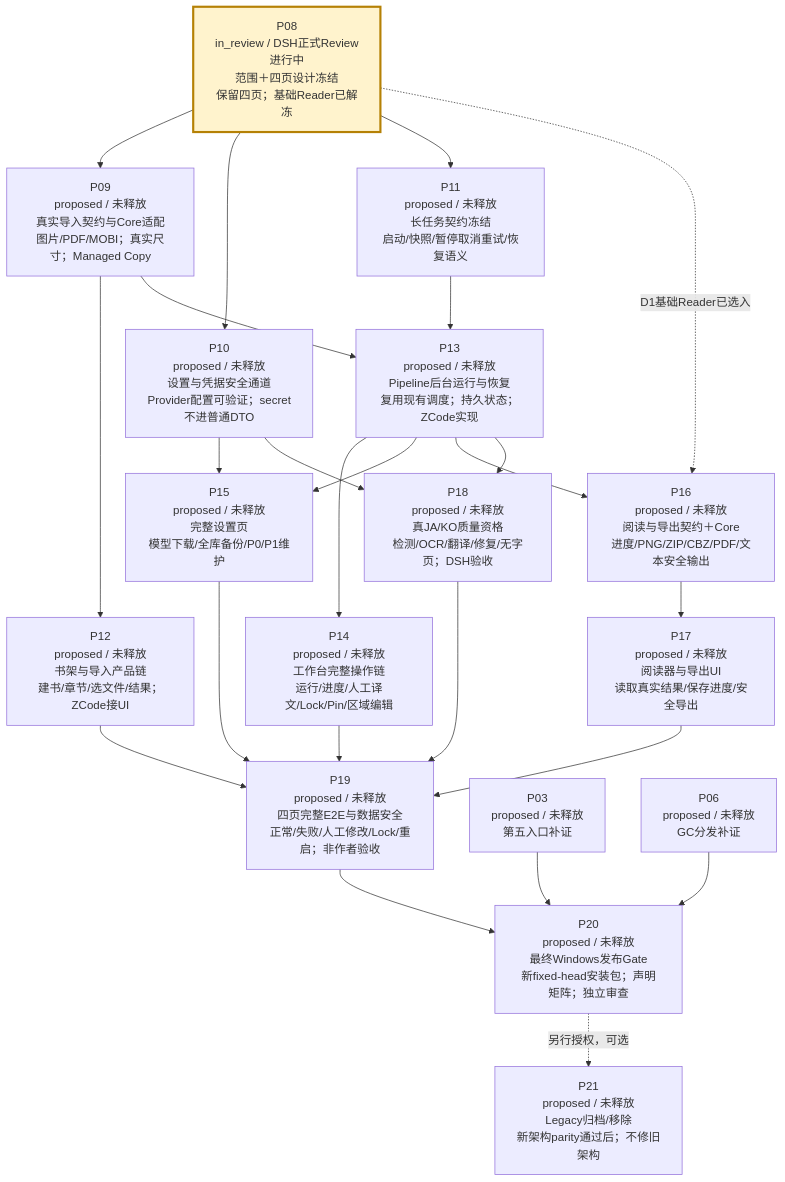
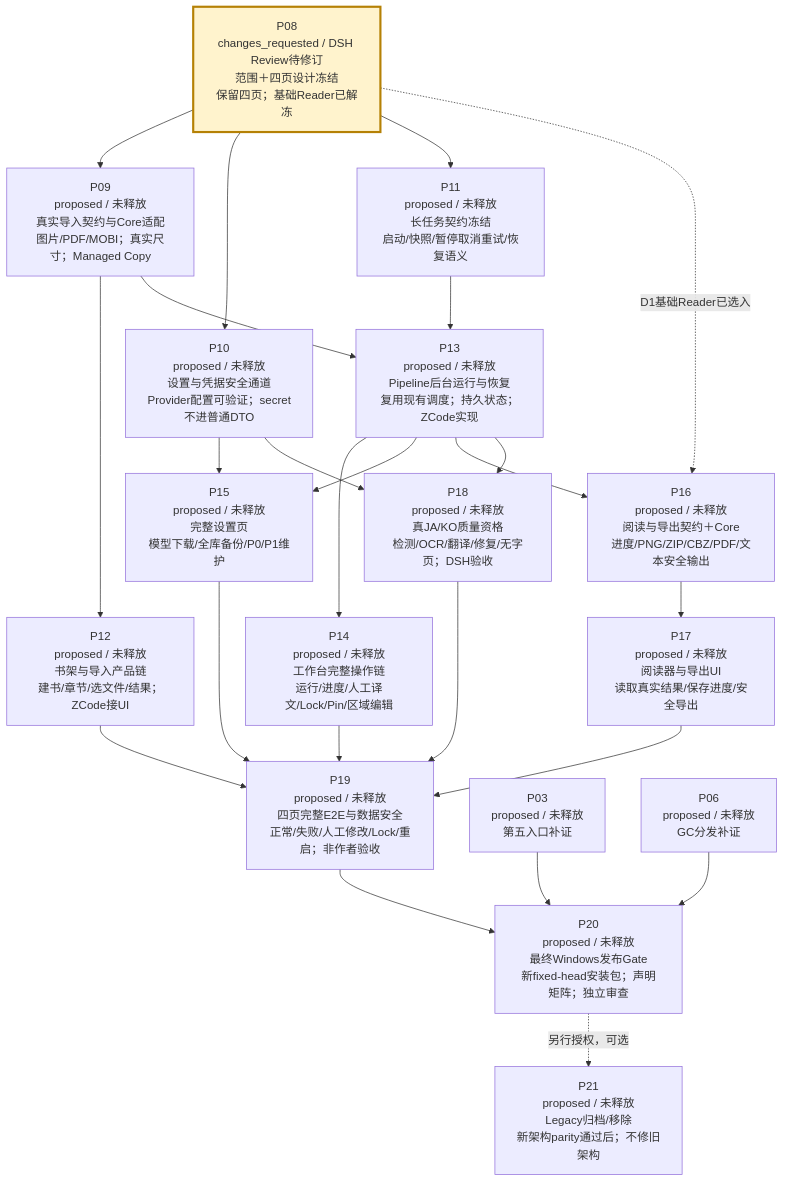
Before and after one commit to peakwheat-pixel/New-Manga: the third of 4 diagrams in verification/PROJECT-ROADMAP-20261008/ROADMAP.md, drawn with Mermaid. The commit also changed other lines of this file and 13 other files, not shown here.

Commit message:
docs(P08): record DSH changes requested

````diff
--- a/verification/PROJECT-ROADMAP-20261008/ROADMAP.md
+++ b/verification/PROJECT-ROADMAP-20261008/ROADMAP.md
@@ -47,27 +47,27 @@
 ```mermaid
 flowchart TB
-  P08["P08<br/>in_review / DSH正式Review进行中<br/>范围＋四页设计冻结<br/>保留四页；基础Reader已解冻"] --> P09["P09<br/>proposed / 未释放<br/>真实导入契约与Core适配<br/>图片/PDF/MOBI；真实尺寸；Managed Copy"]
+  P08["P08<br/>changes_requested / DSH Review待修订<br/>范围＋四页设计冻结<br/>保留四页；基础Reader已解冻"] --> P09["P09<br/>proposed / 未释放<br/>真实导入契约与Core适配<br/>图片/PDF/MOBI；真实尺寸；Managed Copy"]
   P08 --> P10["P10<br/>proposed / 未释放<br/>设置与凭据安全通道<br/>Provider配置可验证；secret不进普通DTO"]
   P08 --> P11["P11<br/>proposed / 未释放<br/>长任务契约冻结<br/>启动/快照/暂停取消重试/恢复语义"]
   P09 --> P12["P12<br/>proposed / 未释放<br/>书架与导入产品链<br/>建书/章节/选文件/结果；ZCode接UI"]
   P09 --> P13["P13<br/>proposed / 未释放<br/>Pipeline后台运行与恢复<br/>复用现有调度；持久状态；ZCode实现"]
   P11 --> P13
   P13 --> P14["P14<br/>proposed / 未释放<br/>工作台完整操作链<br/>运行/进度/人工译文/Lock/Pin/区域编辑"]
   P10 --> P15["P15<br/>proposed / 未释放<br/>完整设置页<br/>模型下载/全库备份/P0/P1维护"]
   P13 --> P15
   P13 --> P16["P16<br/>proposed / 未释放<br/>阅读与导出契约＋Core<br/>进度/PNG/ZIP/CBZ/PDF/文本安全输出"]
   P08 -. "D1基础Reader已选入" .-> P16
   P16 --> P17["P17<br/>proposed / 未释放<br/>阅读器与导出UI<br/>读取真实结果/保存进度/安全导出"]
   P10 --> P18["P18<br/>proposed / 未释放<br/>真JA/KO质量资格<br/>检测/OCR/翻译/修复/无字页；DSH验收"]
   P13 --> P18
   P12 --> P19["P19<br/>proposed / 未释放<br/>四页完整E2E与数据安全<br/>正常/失败/人工修改/Lock/重启；非作者验收"]
   P14 --> P19
   P15 --> P19
   P17 --> P19
   P18 --> P19
   P19 --> P20["P20<br/>proposed / 未释放<br/>最终Windows发布Gate<br/>新fixed-head安装包；声明矩阵；独立审查"]
   P03["P03<br/>proposed / 未释放<br/>第五入口补证"] --> P20
   P06["P06<br/>proposed / 未释放<br/>GC分发补证"] --> P20
   P20 -. "另行授权，可选" .-> P21["P21<br/>proposed / 未释放<br/>Legacy归档/移除<br/>新架构parity通过后；不修旧架构"]
   style P08 fill:#fff3cd,stroke:#b58105,stroke-width:3px
 ```
````
